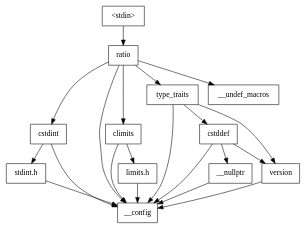
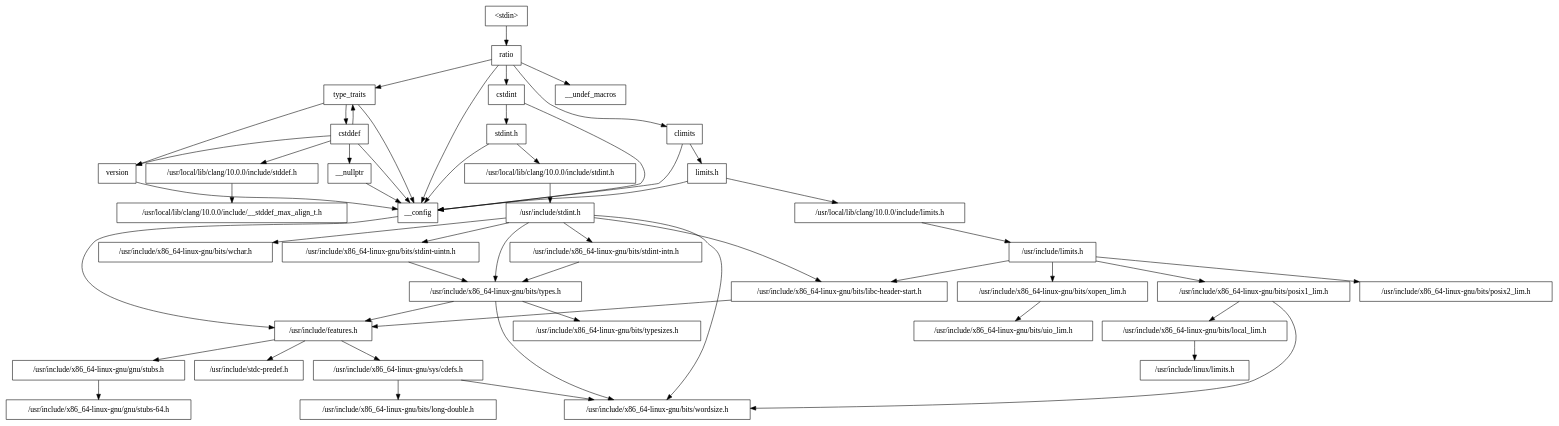
The diagram in header_deps_libcxx_only/ratio.dot (efcs/libcxx), drawn with Graphviz before and after one commit. The commit also changed 111 other files, not shown here.

```diff
--- a/header_deps_libcxx_only/ratio.dot
+++ b/header_deps_libcxx_only/ratio.dot
@@ -1,34 +1,93 @@
 digraph "dependencies" {
   header_0 [ shape="box", label="\<stdin\>" ];
   header_1 [ shape="box", label="ratio" ];
   header_11 [ shape="box", label="cstdint" ];
   header_12 [ shape="box", label="stdint.h" ];
+  header_13 [ shape="box", label="/usr/local/lib/clang/10.0.0/include/stdint.h" ];
+  header_14 [ shape="box", label="/usr/include/stdint.h" ];
+  header_15 [ shape="box", label="/usr/include/x86_64-linux-gnu/bits/libc-header-start.h" ];
+  header_16 [ shape="box", label="/usr/include/x86_64-linux-gnu/bits/types.h" ];
+  header_17 [ shape="box", label="/usr/include/x86_64-linux-gnu/bits/typesizes.h" ];
+  header_18 [ shape="box", label="/usr/include/x86_64-linux-gnu/bits/wchar.h" ];
+  header_19 [ shape="box", label="/usr/include/x86_64-linux-gnu/bits/stdint-intn.h" ];
   header_2 [ shape="box", label="__config" ];
+  header_20 [ shape="box", label="/usr/include/x86_64-linux-gnu/bits/stdint-uintn.h" ];
   header_21 [ shape="box", label="climits" ];
   header_22 [ shape="box", label="limits.h" ];
+  header_23 [ shape="box", label="/usr/local/lib/clang/10.0.0/include/limits.h" ];
+  header_24 [ shape="box", label="/usr/include/limits.h" ];
+  header_25 [ shape="box", label="/usr/include/x86_64-linux-gnu/bits/posix1_lim.h" ];
+  header_26 [ shape="box", label="/usr/include/x86_64-linux-gnu/bits/local_lim.h" ];
+  header_27 [ shape="box", label="/usr/include/linux/limits.h" ];
+  header_28 [ shape="box", label="/usr/include/x86_64-linux-gnu/bits/posix2_lim.h" ];
+  header_29 [ shape="box", label="/usr/include/x86_64-linux-gnu/bits/xopen_lim.h" ];
+  header_3 [ shape="box", label="/usr/include/features.h" ];
+  header_30 [ shape="box", label="/usr/include/x86_64-linux-gnu/bits/uio_lim.h" ];
   header_31 [ shape="box", label="type_traits" ];
   header_32 [ shape="box", label="cstddef" ];
   header_33 [ shape="box", label="version" ];
+  header_34 [ shape="box", label="/usr/local/lib/clang/10.0.0/include/stddef.h" ];
+  header_35 [ shape="box", label="/usr/local/lib/clang/10.0.0/include/__stddef_max_align_t.h" ];
   header_36 [ shape="box", label="__nullptr" ];
   header_37 [ shape="box", label="__undef_macros" ];
+  header_4 [ shape="box", label="/usr/include/stdc-predef.h" ];
+  header_5 [ shape="box", label="/usr/include/x86_64-linux-gnu/sys/cdefs.h" ];
+  header_6 [ shape="box", label="/usr/include/x86_64-linux-gnu/bits/wordsize.h" ];
+  header_7 [ shape="box", label="/usr/include/x86_64-linux-gnu/bits/long-double.h" ];
+  header_8 [ shape="box", label="/usr/include/x86_64-linux-gnu/gnu/stubs.h" ];
+  header_9 [ shape="box", label="/usr/include/x86_64-linux-gnu/gnu/stubs-64.h" ];
+  header_29 -> header_30;
+  header_25 -> header_6;
+  header_25 -> header_26;
+  header_24 -> header_25;
+  header_24 -> header_15;
+  header_24 -> header_29;
+  header_24 -> header_28;
+  header_26 -> header_27;
   header_21 -> header_2;
   header_21 -> header_22;
+  header_20 -> header_16;
+  header_23 -> header_24;
   header_22 -> header_2;
+  header_22 -> header_23;
   header_33 -> header_2;
+  header_5 -> header_6;
+  header_5 -> header_7;
+  header_2 -> header_3;
+  header_3 -> header_4;
+  header_3 -> header_5;
+  header_3 -> header_8;
   header_0 -> header_1;
+  header_1 -> header_21;
   header_1 -> header_2;
-  header_1 -> header_31;
-  header_1 -> header_21;
   header_1 -> header_11;
   header_1 -> header_37;
+  header_1 -> header_31;
+  header_8 -> header_9;
+  header_14 -> header_15;
+  header_14 -> header_16;
+  header_14 -> header_18;
+  header_14 -> header_19;
+  header_14 -> header_20;
+  header_14 -> header_6;
+  header_15 -> header_3;
+  header_16 -> header_6;
+  header_16 -> header_17;
+  header_16 -> header_3;
   header_11 -> header_2;
   header_11 -> header_12;
   header_12 -> header_2;
+  header_12 -> header_13;
+  header_13 -> header_14;
   header_36 -> header_2;
   header_32 -> header_36;
+  header_32 -> header_34;
   header_32 -> header_2;
   header_32 -> header_33;
+  header_32 -> header_31;
+  header_34 -> header_35;
+  header_19 -> header_16;
+  header_31 -> header_32;
   header_31 -> header_2;
-  header_31 -> header_32;
   header_31 -> header_33;
 }
```
